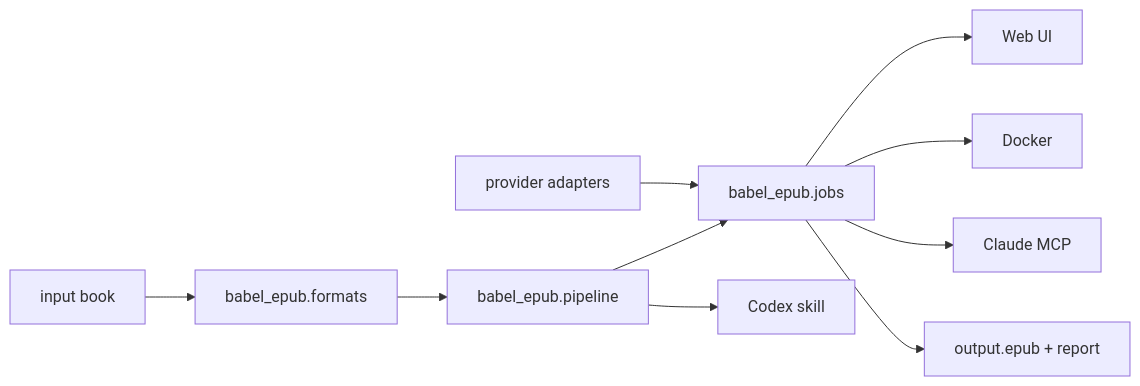
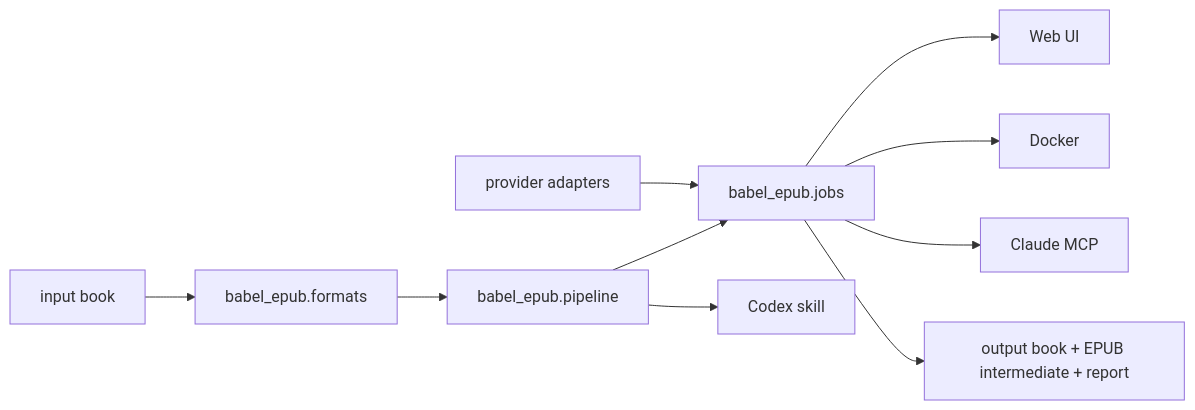
One commit to Yipxiyi/Babel changed the diagram in docs/ARCHITECTURE.md. Above: the diagram before and after it, drawn with Mermaid. The commit also changed other lines of this file and 23 other files, not shown here.

````diff
--- a/docs/ARCHITECTURE.md
+++ b/docs/ARCHITECTURE.md
@@ -7,12 +7,12 @@
 ```mermaid
 flowchart LR
   A["input book"] --> Z["babel_epub.formats"]
   Z --> B["babel_epub.pipeline"]
   B --> C["babel_epub.jobs"]
   D["provider adapters"] --> C
   C --> E["Web UI"]
   C --> F["Docker"]
   B --> G["Codex skill"]
   C --> H["Claude MCP"]
-  C --> I["output.epub + report"]
+  C --> I["output book + EPUB intermediate + report"]
 ```
````
